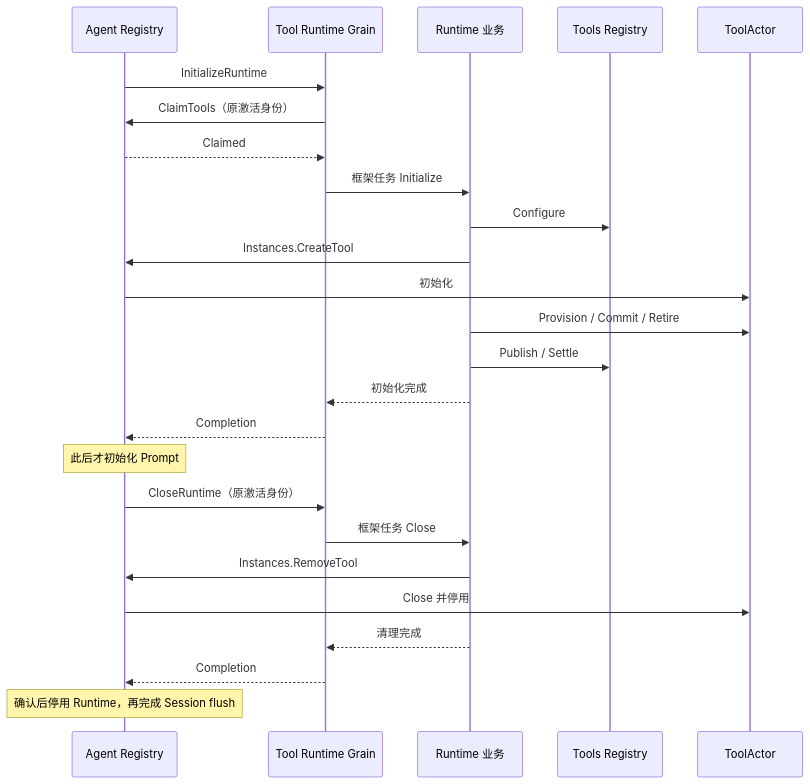
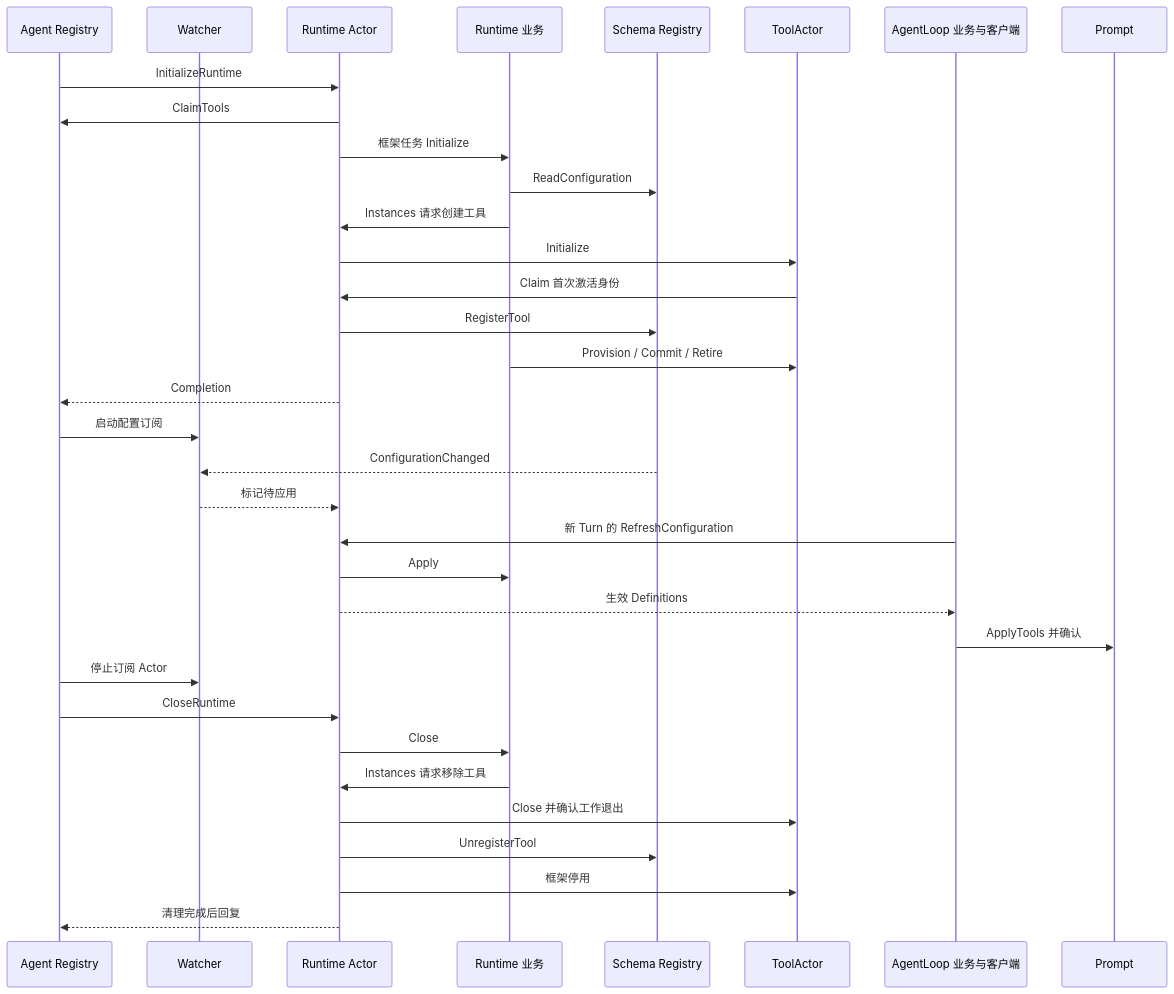
Before and after one commit to gorenx/goren: the diagram in tools/runtime/actor/README.zh-CN.md, drawn with Mermaid. The commit also changed other lines of this file and 13 other files, not shown here.

Commit message:
docs(actor): align tool lifecycle ownership and record remaining approval wiring

````diff
--- a/tools/runtime/actor/README.zh-CN.md
+++ b/tools/runtime/actor/README.zh-CN.md
@@ -61,27 +24,36 @@
 ```mermaid
 sequenceDiagram
-    participant Lifecycle as Agent Registry
-    participant Runtime as Tool Runtime Grain
-    participant Business as Runtime 业务
-    participant Catalog as Tools Registry
-    participant Tool as ToolActor
-    Lifecycle->>Runtime: InitializeRuntime
-    Runtime->>Lifecycle: ClaimTools（原激活身份）
-    Lifecycle-->>Runtime: Claimed
-    Runtime->>Business: 框架任务 Initialize
-    Business->>Catalog: Configure
-    Business->>Lifecycle: Instances.CreateTool
-    Lifecycle->>Tool: 初始化
-    Business->>Tool: Provision / Commit / Retire
-    Business->>Catalog: Publish / Settle
-    Business-->>Runtime: 初始化完成
-    Runtime-->>Lifecycle: Completion
-    Note over Lifecycle: 此后才初始化 Prompt
-    Lifecycle->>Runtime: CloseRuntime（原激活身份）
-    Runtime->>Business: 框架任务 Close
-    Business->>Lifecycle: Instances.RemoveTool
-    Lifecycle->>Tool: Close 并停用
-    Business-->>Runtime: 清理完成
-    Runtime-->>Lifecycle: Completion
-    Note over Lifecycle: 确认后停用 Runtime，再完成 Session flush
+    participant L as Agent Registry
+    participant W as Watcher
+    participant R as Runtime Actor
+    participant B as Runtime 业务
+    participant C as Schema Registry
+    participant T as ToolActor
+    participant A as AgentLoop 业务与客户端
+    participant P as Prompt
+    L->>R: InitializeRuntime
+    R->>L: ClaimTools
+    R->>B: 框架任务 Initialize
+    B->>C: ReadConfiguration
+    B->>R: Instances 请求创建工具
+    R->>T: Initialize
+    T->>R: Claim 首次激活身份
+    R->>C: RegisterTool
+    B->>T: Provision / Commit / Retire
+    R-->>L: Completion
+    L->>W: 启动配置订阅
+    C-->>W: ConfigurationChanged
+    W-->>R: 标记待应用
+    A->>R: 新 Turn 的 RefreshConfiguration
+    R->>B: Apply
+    R-->>A: 生效 Definitions
+    A->>P: ApplyTools 并确认
+    L->>W: 停止订阅 Actor
+    L->>R: CloseRuntime
+    R->>B: Close
+    B->>R: Instances 请求移除工具
+    R->>T: Close 并确认工作退出
+    R->>C: UnregisterTool
+    R->>T: 框架停用
+    R-->>L: 清理完成后回复
 ```
````
